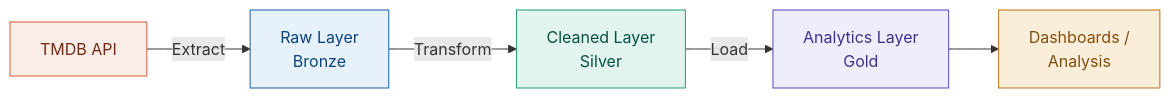
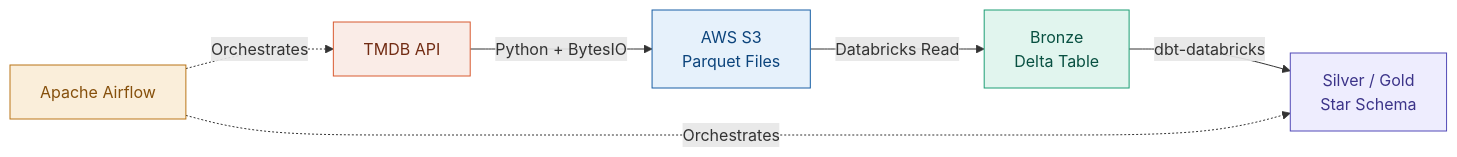
The diagram in docs/projects/tmdb-elt.md (Hari-prasanna/Data-Analytics-engineering-portfolio), drawn with Mermaid before and after one commit. The commit also changed other lines of this file, not shown here.

````diff
--- a/docs/projects/tmdb-elt.md
+++ b/docs/projects/tmdb-elt.md
@@ -23,13 +32,13 @@
 ```mermaid
 flowchart LR
-    A[TMDB API] -->|Extract| B[Raw Layer<br/>Bronze]
-    B -->|Transform| C[Cleaned Layer<br/>Silver]
-    C -->|Load| D[Analytics Layer<br/>Gold]
-    D --> E[Dashboards /<br/>Analysis]
-
+    A[TMDB API] -->|Python + BytesIO| B[AWS S3<br/>Parquet Files]
+    B -->|Databricks Read| C[Bronze<br/>Delta Table]
+    C -->|dbt-databricks| D[Silver / Gold<br/>Star Schema]
+    F[Apache Airflow] -.->|Orchestrates| A
+    F -.->|Orchestrates| D
     style A fill:#FAECE7,stroke:#D85A30,color:#712B13
     style B fill:#E6F1FB,stroke:#185FA5,color:#0C447C
     style C fill:#E1F5EE,stroke:#1D9E75,color:#085041
     style D fill:#EEEDFE,stroke:#534AB7,color:#3C3489
-    style E fill:#FAEEDA,stroke:#BA7517,color:#854F0B
+    style F fill:#FAEEDA,stroke:#BA7517,color:#854F0B
 ```
````
